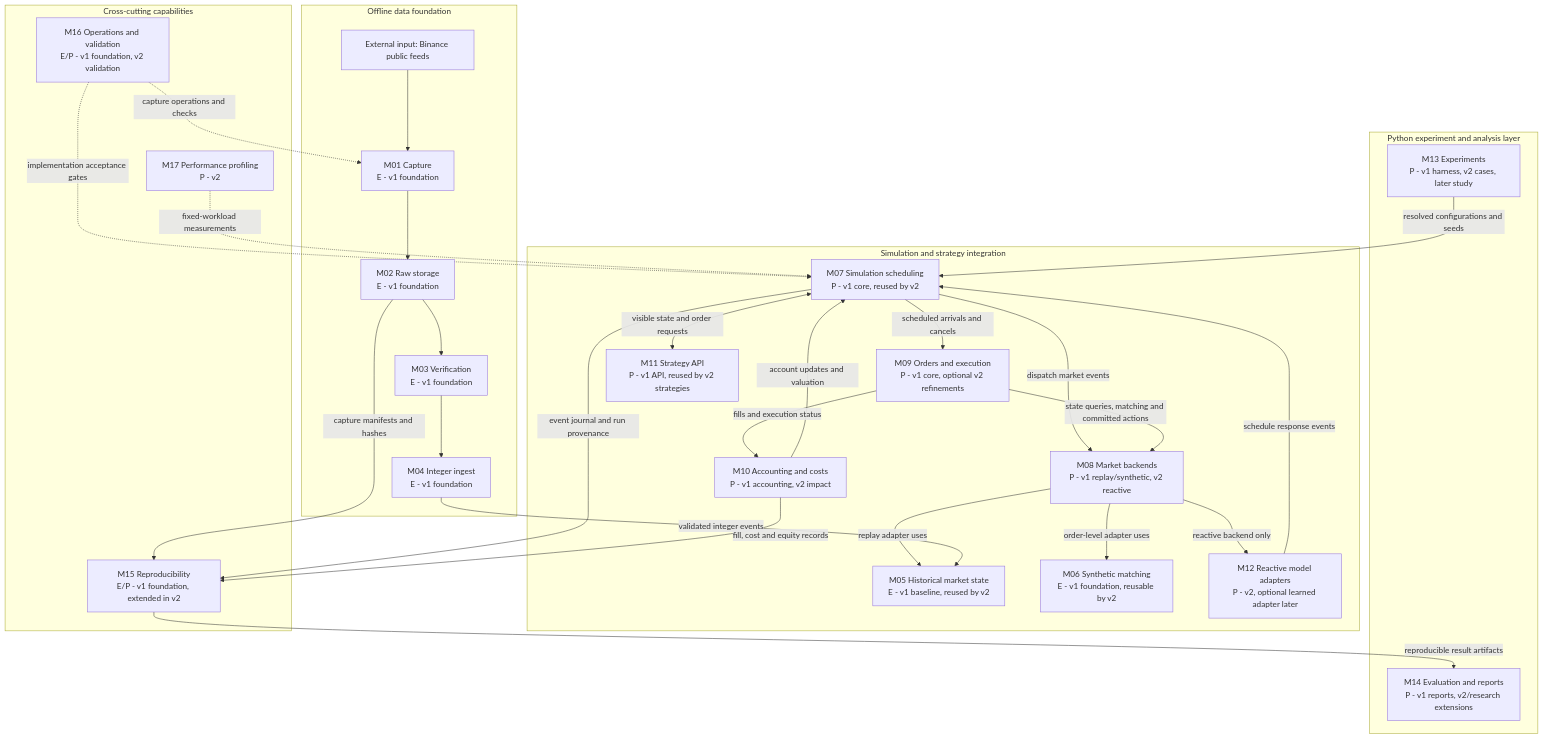
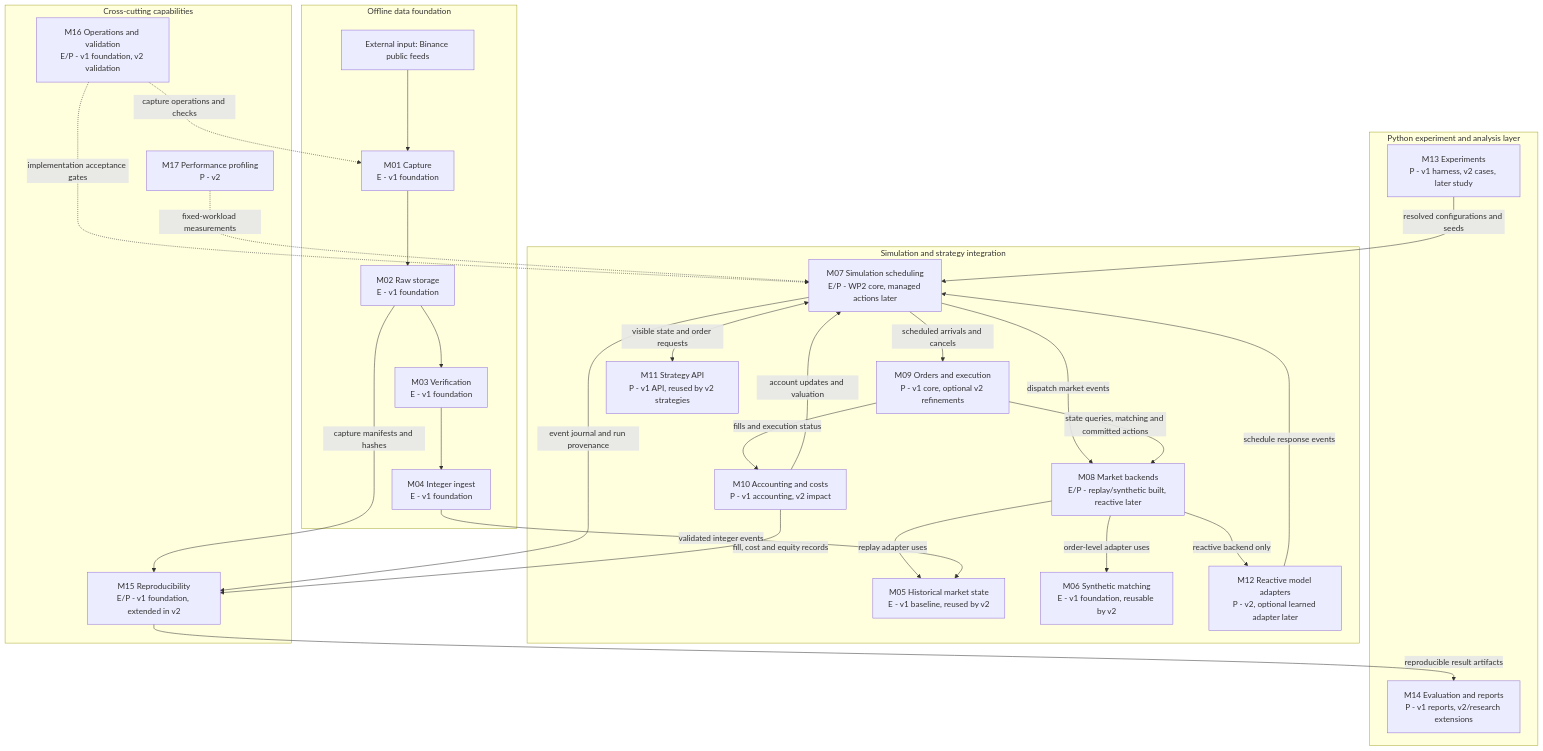
One commit to AKhromin/Counterback changed the first of 7 diagrams in docs/system-design.md. Above: the diagram before and after it, drawn with Mermaid. The commit also changed other lines of this file and 23 other files, not shown here.

````diff
--- a/docs/system-design.md
+++ b/docs/system-design.md
@@ -65,49 +67,49 @@
 ```mermaid
 flowchart TB
     subgraph data[Offline data foundation]
         binance["External input: Binance public feeds"]
         m01["M01 Capture<br/>E - v1 foundation"]
         m02["M02 Raw storage<br/>E - v1 foundation"]
         m03["M03 Verification<br/>E - v1 foundation"]
         m04["M04 Integer ingest<br/>E - v1 foundation"]
         binance --> m01 --> m02 --> m03 --> m04
     end
     subgraph runtime[Simulation and strategy integration]
         m05["M05 Historical market state<br/>E - v1 baseline, reused by v2"]
         m06["M06 Synthetic matching<br/>E - v1 foundation, reusable by v2"]
-        m07["M07 Simulation scheduling<br/>P - v1 core, reused by v2"]
-        m08["M08 Market backends<br/>P - v1 replay/synthetic, v2 reactive"]
+        m07["M07 Simulation scheduling<br/>E/P - WP2 core, managed actions later"]
+        m08["M08 Market backends<br/>E/P - replay/synthetic built, reactive later"]
         m09["M09 Orders and execution<br/>P - v1 core, optional v2 refinements"]
         m10["M10 Accounting and costs<br/>P - v1 accounting, v2 impact"]
         m11["M11 Strategy API<br/>P - v1 API, reused by v2 strategies"]
         m12["M12 Reactive model adapters<br/>P - v2, optional learned adapter later"]
         m07 -->|dispatch market events| m08
         m08 -->|replay adapter uses| m05
         m08 -->|order-level adapter uses| m06
         m07 <-->|visible state and order requests| m11
         m07 -->|scheduled arrivals and cancels| m09
         m09 -->|state queries, matching and committed actions| m08
         m09 -->|fills and execution status| m10
         m10 -->|account updates and valuation| m07
         m08 -->|reactive backend only| m12
         m12 -->|schedule response events| m07
     end
     subgraph research[Python experiment and analysis layer]
         m13["M13 Experiments<br/>P - v1 harness, v2 cases, later study"]
         m14["M14 Evaluation and reports<br/>P - v1 reports, v2/research extensions"]
     end
     subgraph support[Cross-cutting capabilities]
         m15["M15 Reproducibility<br/>E/P - v1 foundation, extended in v2"]
         m16["M16 Operations and validation<br/>E/P - v1 foundation, v2 validation"]
         m17["M17 Performance profiling<br/>P - v2"]
     end
     m04 -->|validated integer events| m05
     m13 -->|resolved configurations and seeds| m07
     m07 -->|event journal and run provenance| m15
     m10 -->|fill, cost and equity records| m15
     m02 -->|capture manifests and hashes| m15
     m15 -->|reproducible result artifacts| m14
     m16 -.->|capture operations and checks| m01
     m16 -.->|implementation acceptance gates| m07
     m17 -.->|fixed-workload measurements| m07
 ```
````
